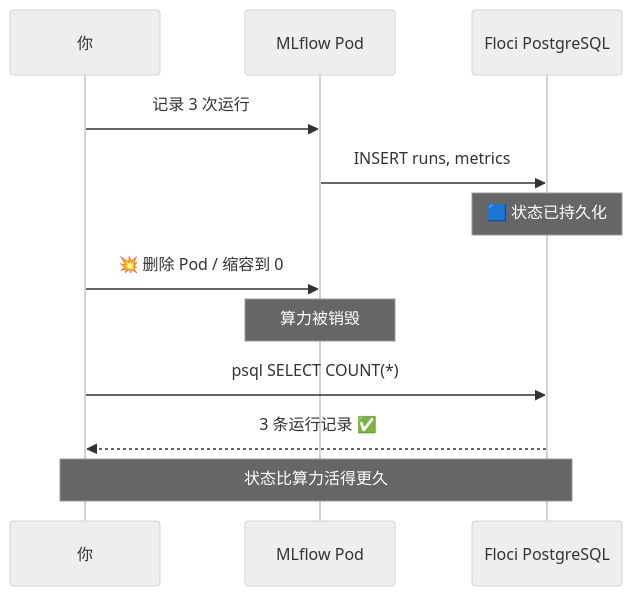
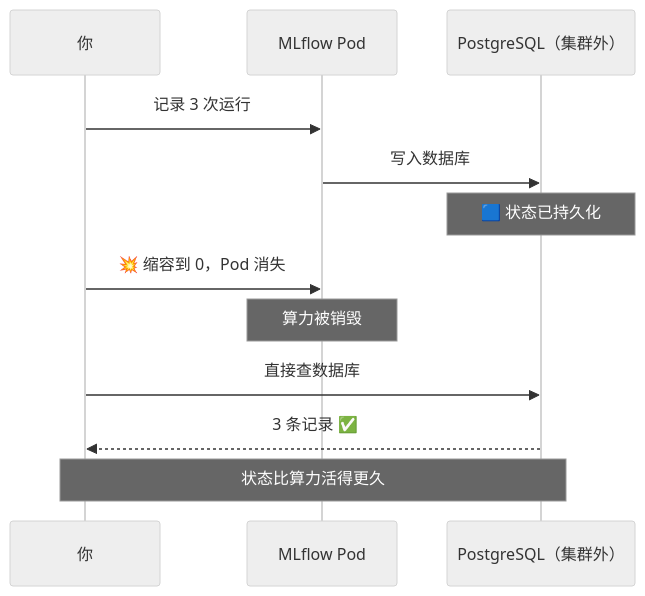
One commit to EddieMeow/mlops-04-mlflow-production changed the first of 3 diagrams in docs/MLFLOW_生产部署_测试篇.md. Above: the diagram before and after it, drawn with Mermaid (neutral theme). The commit also changed other lines of this file and 5 other files, not shown here.

````diff
--- a/docs/MLFLOW_生产部署_测试篇.md
+++ b/docs/MLFLOW_生产部署_测试篇.md
@@ -283,15 +403,15 @@
 ```mermaid
 sequenceDiagram
     participant U as 你
     participant P as MLflow Pod
-    participant R as Floci PostgreSQL
+    participant R as PostgreSQL（集群外）
 
     U->>P: 记录 3 次运行
-    P->>R: INSERT runs, metrics
+    P->>R: 写入数据库
     Note over R: 🟦 状态已持久化
-    U->>P: 💥 删除 Pod / 缩容到 0
+    U->>P: 💥 缩容到 0，Pod 消失
     Note over P: 算力被销毁
-    U->>R: psql SELECT COUNT(*)
-    R-->>U: 3 条运行记录 ✅
+    U->>R: 直接查数据库
+    R-->>U: 3 条记录 ✅
     Note over U,R: 状态比算力活得更久
 ```
````
